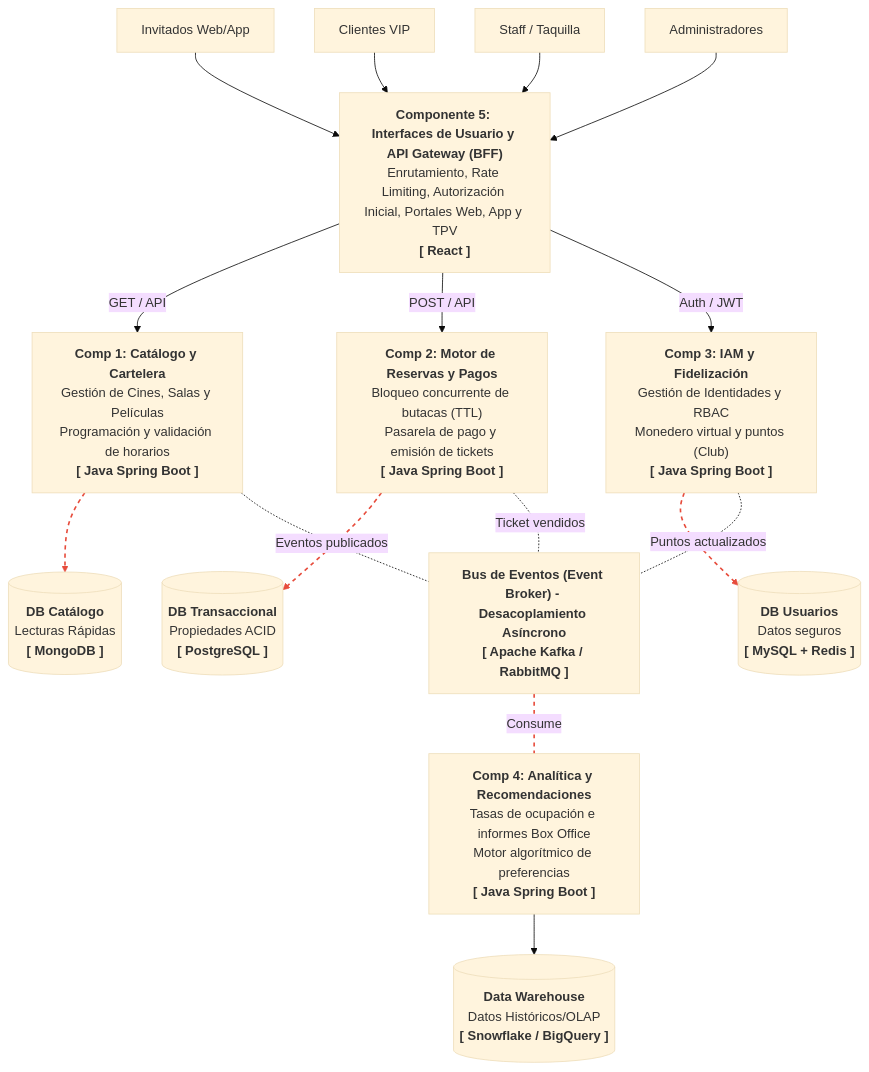
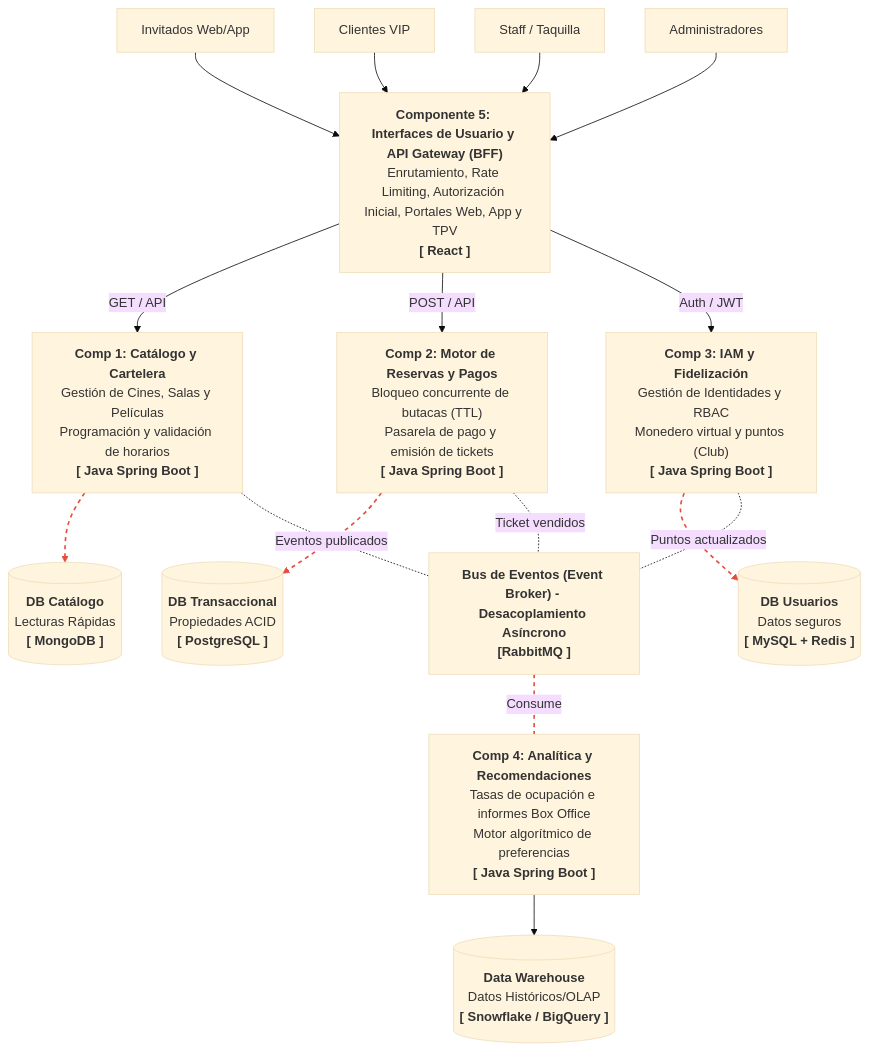
One commit to Sofia-PL/GB05-cinASEE-Sofia changed the diagram in README.MD. Above: the diagram before and after it, drawn with Mermaid (base theme).

Commit message:
arreglo esquema

````diff
--- a/README.MD
+++ b/README.MD
@@ -5,61 +5,61 @@
 ```mermaid
 flowchart TD
     %% Roles de usuario
     U1[Invitados Web/App]
     U2[Clientes VIP]
     U3[Staff / Taquilla]
     U4[Administradores]
 
     %% Componente 5 (API Gateway / BFF)
     C5["<b>Componente 5: Interfaces de Usuario y API Gateway (BFF)</b><br/>Enrutamiento, Rate Limiting, Autorización Inicial, Portales Web, App y TPV<br/><b>[ React ]</b>"]
 
     %% Conexiones desde usuarios hacia el Componente 5
     U1 --> C5
     U2 --> C5
     U3 --> C5
     U4 --> C5
 
     %% Microservicios de Nivel Intermedio
     C1["<b>Comp 1: Catálogo y Cartelera</b><br/>Gestión de Cines, Salas y Películas<br/>Programación y validación de horarios<br/><b>[ Java Spring Boot ]</b>"]
     C2["<b>Comp 2: Motor de Reservas y Pagos</b><br/>Bloqueo concurrente de butacas (TTL)<br/>Pasarela de pago y emisión de tickets<br/><b>[ Java Spring Boot ]</b>"]
     C3["<b>Comp 3: IAM y Fidelización</b><br/>Gestión de Identidades y RBAC<br/>Monedero virtual y puntos (Club)<br/><b>[ Java Spring Boot ]</b>"]
 
     %% Conexiones Síncronas desde C5 a Microservicios
     C5 -- "GET / API" --> C1
     C5 -- "POST / API" --> C2
     C5 -- "Auth / JWT" --> C3
 
     %% Bases de Datos
     DB1[("<b>DB Catálogo</b><br/>Lecturas Rápidas<br/><b>[ MongoDB ]</b>")]
     DB2[("<b>DB Transaccional</b><br/>Propiedades ACID<br/><b>[ PostgreSQL ]</b>")]
     DB3[("<b>DB Usuarios</b><br/>Datos seguros<br/><b>[ MySQL + Redis ]</b>")]
 
     %% Conexiones Síncronas a Bases de Datos
     C1 --> DB1
     C2 --> DB2
     C3 --> DB3
 
     %% Bus de Eventos
-    BUS["<b>Bus de Eventos (Event Broker) - Desacoplamiento Asíncrono</b><br/><b>[ Apache Kafka / RabbitMQ ]</b>"]
+    BUS["<b>Bus de Eventos (Event Broker) - Desacoplamiento Asíncrono</b><br/><b>[RabbitMQ ]</b>"]
 
     %% Conexiones Asíncronas desde Microservicios al Bus de Eventos
     C1 -.-|Eventos publicados| BUS
     C2 -.-|Ticket vendidos| BUS
     C3 -.-|Puntos actualizados| BUS
 
     %% Componente 4 (Analítica)
     C4["<b>Comp 4: Analítica y Recomendaciones</b><br/>Tasas de ocupación e informes Box Office<br/>Motor algorítmico de preferencias<br/><b>[ Java Spring Boot ]</b>"]
 
     %% Conexión del Bus de Eventos a Comp 4
     BUS -.-|Consume| C4
 
     %% Data Warehouse
     DW[("<b>Data Warehouse</b><br/>Datos Históricos/OLAP<br/><b>[ Snowflake / BigQuery ]</b>")]
 
     %% Conexión Síncrona a Data Warehouse
     C4 --> DW
 
     %% Estilos de líneas para simular Síncrono vs Asíncrono
     linkStyle 7,8,9 stroke:#e74c3c,stroke-width:2px,stroke-dasharray: 5 5;
     linkStyle 13 stroke:#e74c3c,stroke-width:2px,stroke-dasharray: 5 5;
 ```
````
